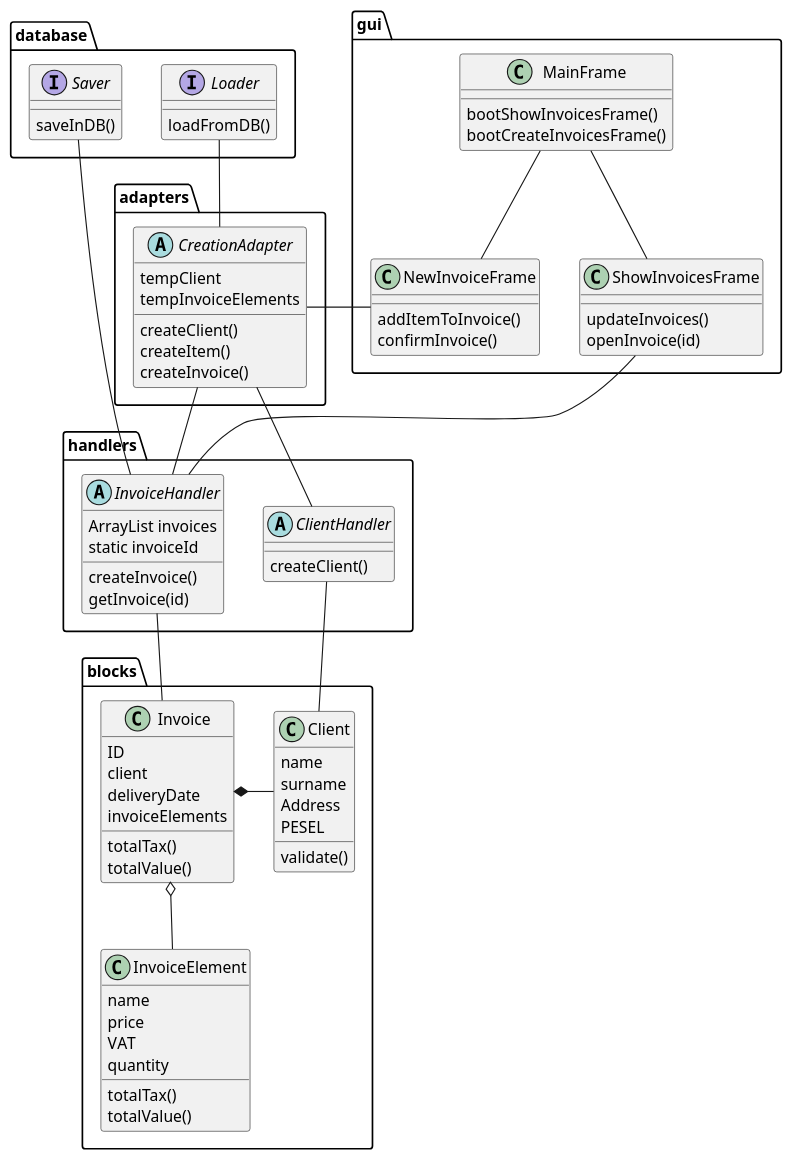
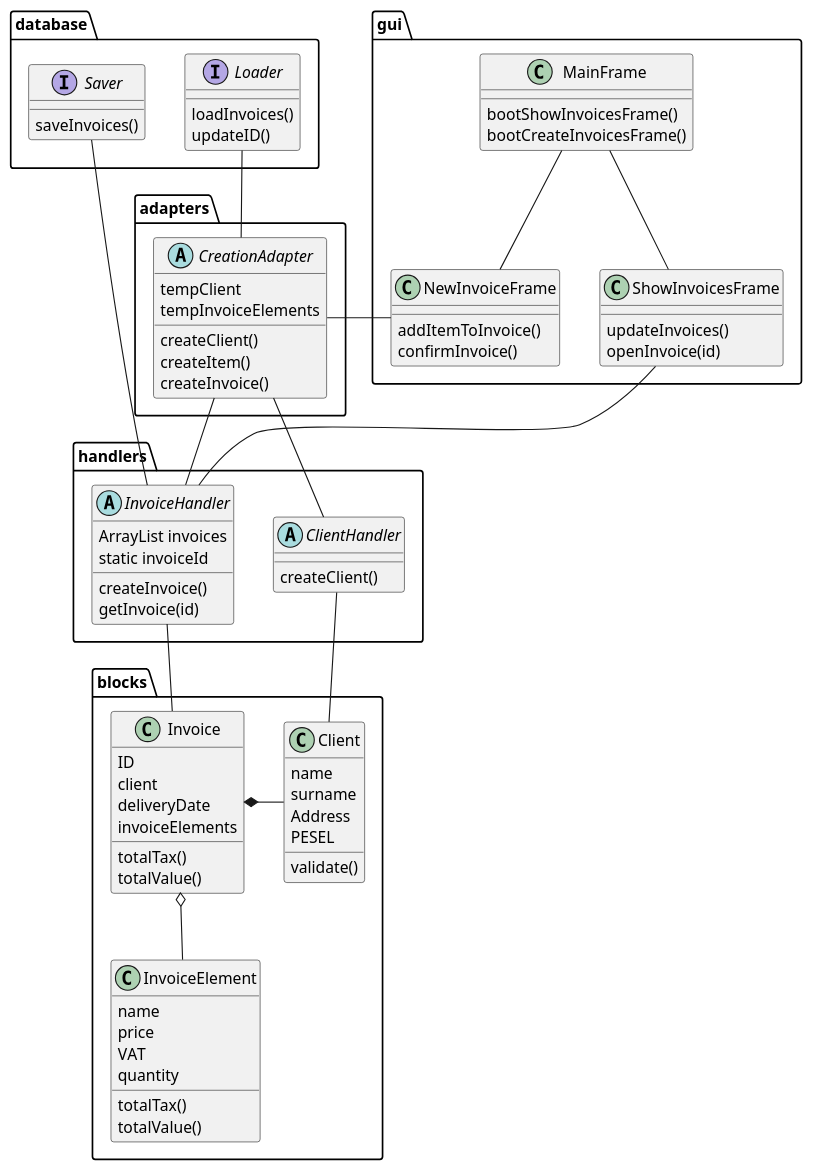
Before and after one commit to Fermento99/TP: the diagram in faktura/UML/class.puml, drawn with PlantUML. The commit also changed 8 other files, not shown here.

```diff
--- a/faktura/UML/class.puml
+++ b/faktura/UML/class.puml
@@ -1,85 +1,86 @@
 @startuml
 
 class blocks.Invoice {
     ID
     client
     deliveryDate
     invoiceElements
     totalTax()
     totalValue()
 }
 
 class blocks.Client {
     name
     surname
     Address
     PESEL
     validate()
 }
 
 class blocks.InvoiceElement{
     name
     price
     VAT
     quantity
     totalTax()
     totalValue()
 }
 
 abstract handlers.InvoiceHandler{
     ArrayList invoices
     static invoiceId
     createInvoice()
     getInvoice(id)
 }
 
 abstract handlers.ClientHandler{
     createClient()
 }
 
 abstract adapters.CreationAdapter {
     tempClient
     tempInvoiceElements
     createClient()
     createItem()
     createInvoice()
 
 }
 
 
 class gui.MainFrame{
     bootShowInvoicesFrame()
     bootCreateInvoicesFrame()
 }
 
 class gui.NewInvoiceFrame {
     addItemToInvoice()
     confirmInvoice()
 }
 
 class gui.ShowInvoicesFrame {
     updateInvoices()
     openInvoice(id)
 }
 
 interface database.Loader {
-    loadFromDB()
+    loadInvoices()
+    updateID()
 }
 interface database.Saver {
-    saveInDB()
+    saveInvoices()
 }
 
 gui.NewInvoiceFrame - adapters.CreationAdapter
 gui.MainFrame -- gui.ShowInvoicesFrame
 gui.MainFrame -- gui.NewInvoiceFrame
 gui.ShowInvoicesFrame -- handlers.InvoiceHandler
 adapters.CreationAdapter -- handlers.ClientHandler
 adapters.CreationAdapter -- handlers.InvoiceHandler
 blocks.Invoice *- blocks.Client
 blocks.Invoice o-- blocks.InvoiceElement
 handlers.InvoiceHandler -- blocks.Invoice
 handlers.ClientHandler -- blocks.Client
 database.Loader -- adapters.CreationAdapter
 database.Saver - handlers.InvoiceHandler
 
 @enduml
```
